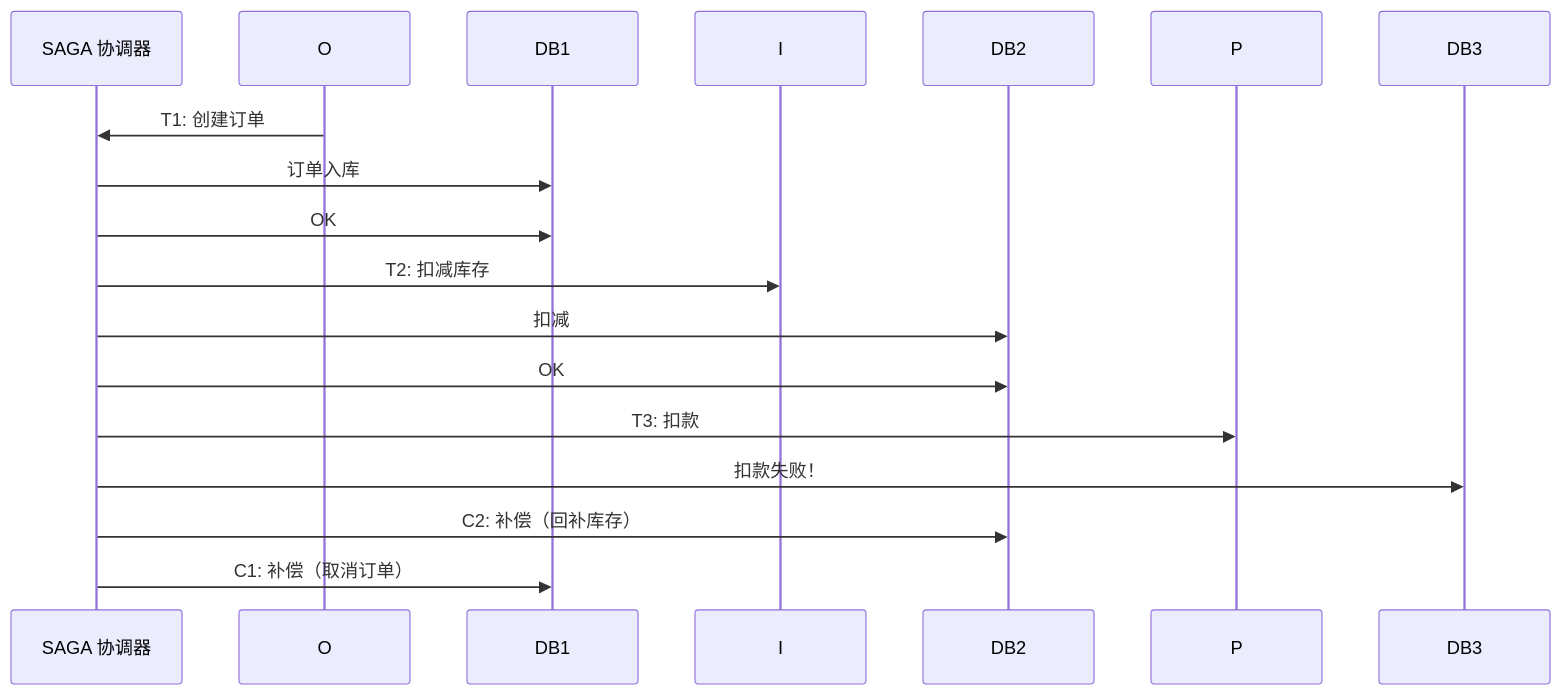
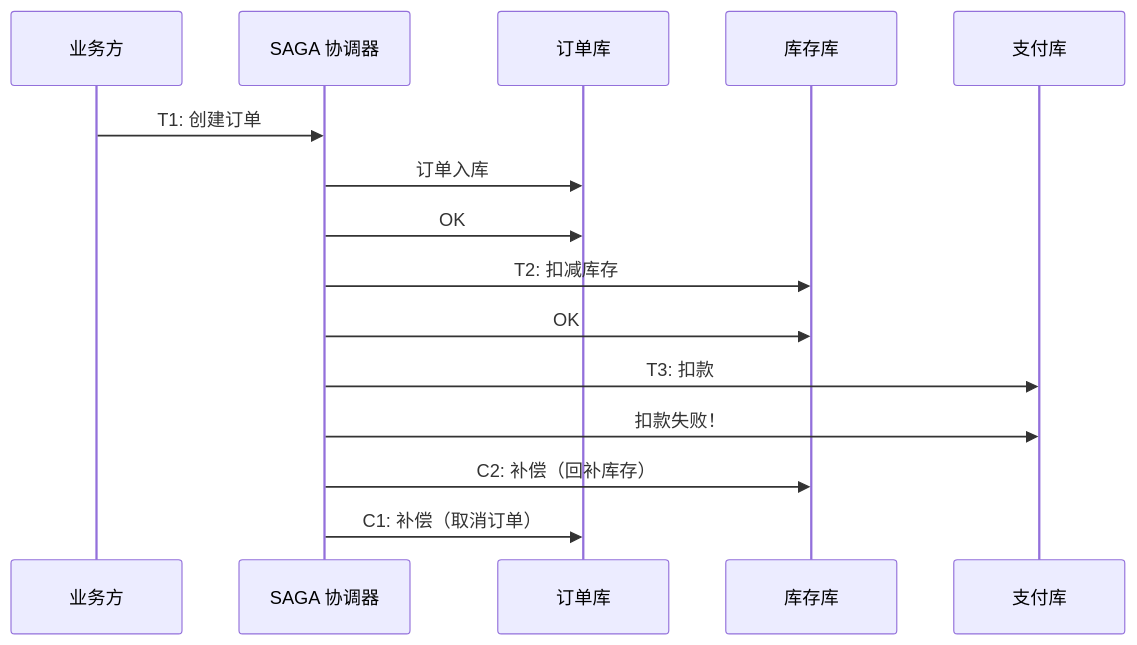
One commit to tghrxxxyyy/knowledge-base changed the third of 5 diagrams in 架构/分布式事务实战.md. Above: the diagram before and after it, drawn with Mermaid. The commit also changed other lines of this file and 8 other files, not shown here.

````diff
--- a/架构/分布式事务实战.md
+++ b/架构/分布式事务实战.md
@@ -148,14 +148,17 @@
 ```mermaid
 sequenceDiagram
+    participant B as 业务方
     participant S as SAGA 协调器
-    O->>S: T1: 创建订单
+    participant DB1 as 订单库
+    participant DB2 as 库存库
+    participant DB3 as 支付库
+    B->>S: T1: 创建订单
     S->>DB1: 订单入库
     S->>DB1: OK
-    S->>I: T2: 扣减库存
-    S->>DB2: 扣减
+    S->>DB2: T2: 扣减库存
     S->>DB2: OK
-    S->>P: T3: 扣款
+    S->>DB3: T3: 扣款
     S->>DB3: 扣款失败！
     S->>DB2: C2: 补偿（回补库存）
     S->>DB1: C1: 补偿（取消订单）
 ```
````
